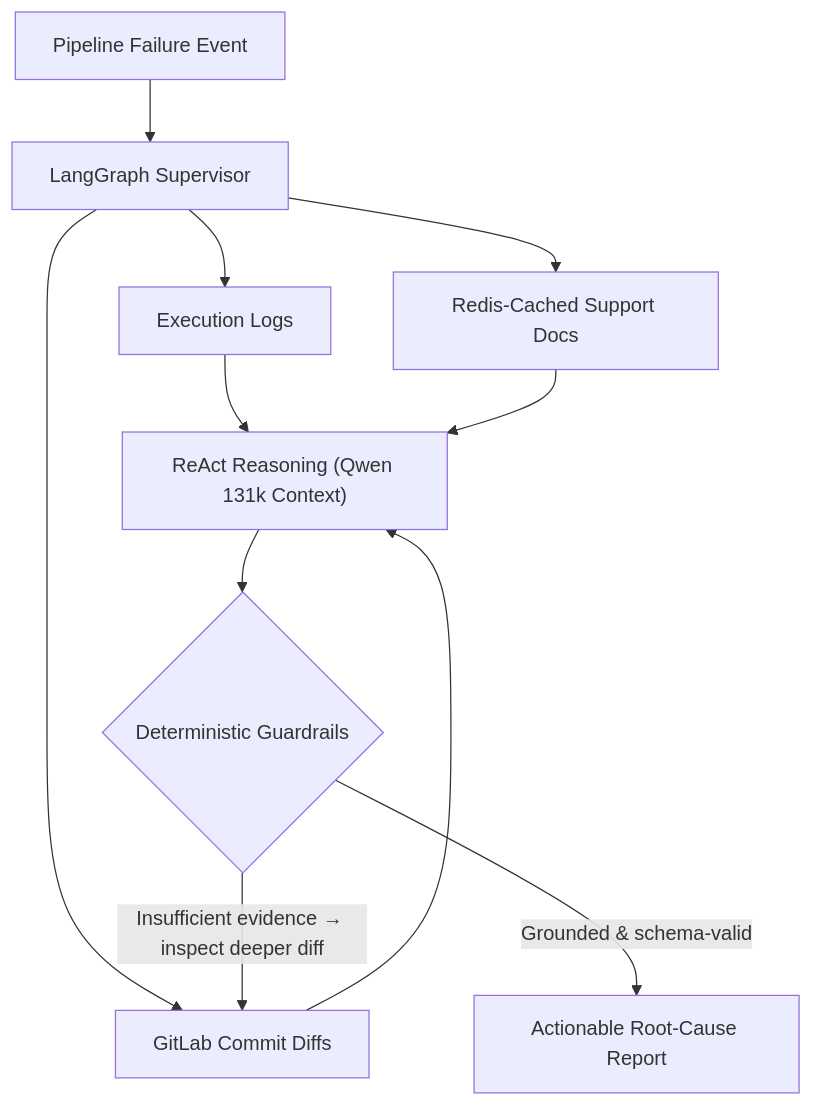
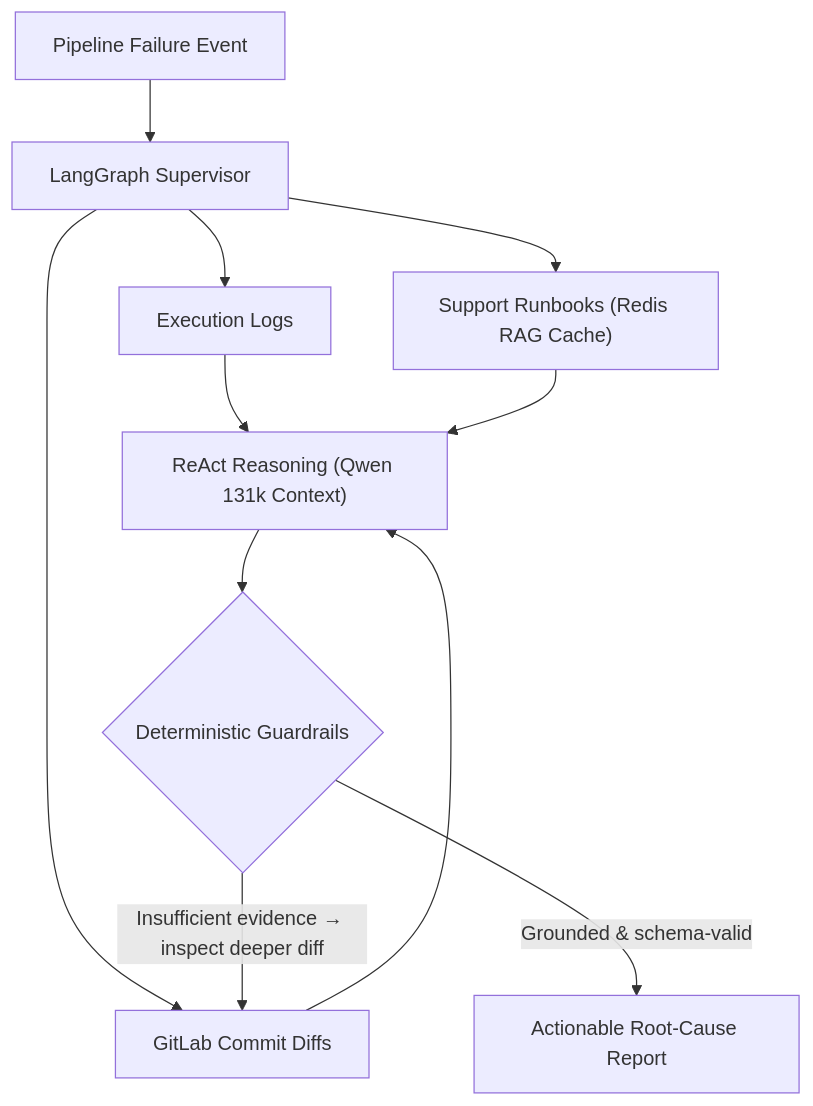
The diagram in docs/blog/posts/2026-03-10-agentic-cicd-diagnostics-langgraph.md (oredondo/oredondo.github.io), drawn with Mermaid before and after one commit. The commit also changed other lines of this file and 9 other files, not shown here.

Commit message:
docs: clarify Redis runbook RAG cache vs human manual triage and fix pipeline terminology

````diff
--- a/docs/blog/posts/2026-03-10-agentic-cicd-diagnostics-langgraph.md
+++ b/docs/blog/posts/2026-03-10-agentic-cicd-diagnostics-langgraph.md
@@ -42,11 +42,11 @@
 ```mermaid
 flowchart TD
     Event["Pipeline Failure Event"] --> Supervisor["LangGraph Supervisor"]
     Supervisor --> Logs["Execution Logs"]
-    Supervisor --> Docs["Redis-Cached Support Docs"]
+    Supervisor --> Docs["Support Runbooks (Redis RAG Cache)"]
     Supervisor --> Diffs["GitLab Commit Diffs"]
     Logs & Docs & Diffs --> ReAct["ReAct Reasoning (Qwen 131k Context)"]
     ReAct --> Gate{"Deterministic Guardrails"}
     Gate -- "Insufficient evidence → inspect deeper diff" --> Diffs
     Gate -- "Grounded & schema-valid" --> Diagnosis["Actionable Root-Cause Report"]
 ```
````
